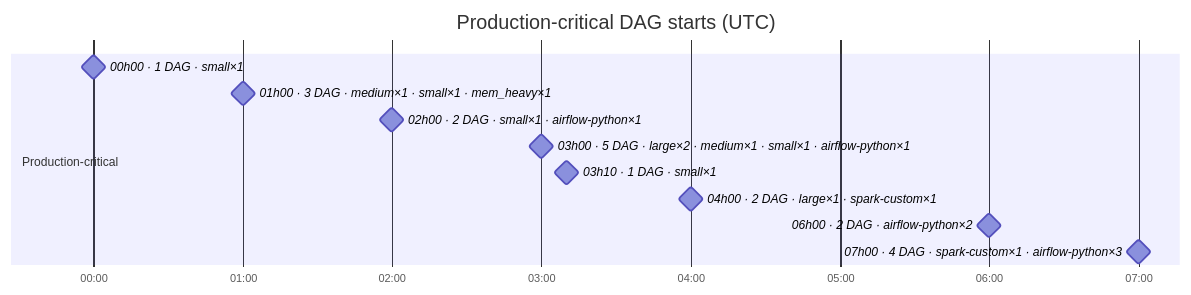
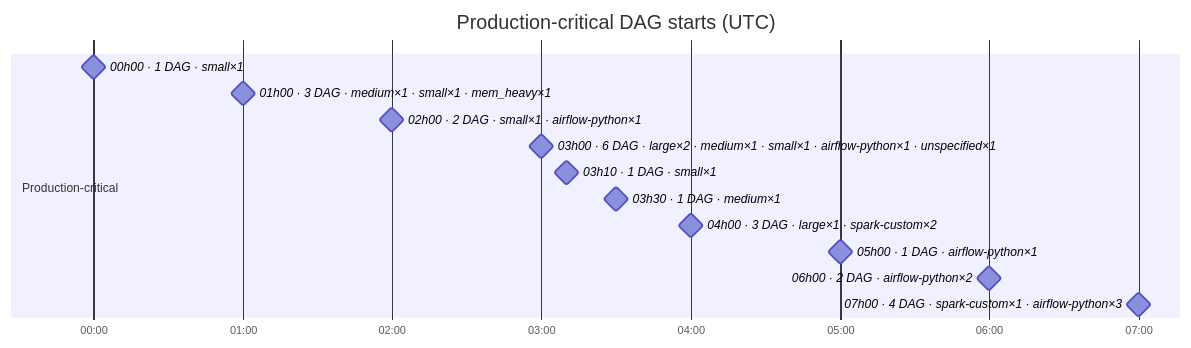
One commit to DayMarket/ml-feature-platform changed the second of 7 diagrams in docs/feature_platform_map.md. Above: the diagram before and after it, drawn with Mermaid. The commit also changed other lines of this file, not shown here.

````diff
--- a/docs/feature_platform_map.md
+++ b/docs/feature_platform_map.md
@@ -126,16 +138,18 @@
 ```mermaid
 gantt
     title Production-critical DAG starts (UTC)
     dateFormat HH:mm
     axisFormat %H:%M
     tickInterval 1hour
     section Production-critical
     00h00 · 1 DAG · small×1 :milestone, s0_0000, 00:00, 0m
     01h00 · 3 DAG · medium×1 · small×1 · mem_heavy×1 :milestone, s0_0060, 01:00, 0m
     02h00 · 2 DAG · small×1 · airflow-python×1 :milestone, s0_0120, 02:00, 0m
-    03h00 · 5 DAG · large×2 · medium×1 · small×1 · airflow-python×1 :milestone, s0_0180, 03:00, 0m
+    03h00 · 6 DAG · large×2 · medium×1 · small×1 · airflow-python×1 · unspecified×1 :milestone, s0_0180, 03:00, 0m
     03h10 · 1 DAG · small×1 :milestone, s0_0190, 03:10, 0m
-    04h00 · 2 DAG · large×1 · spark-custom×1 :milestone, s0_0240, 04:00, 0m
+    03h30 · 1 DAG · medium×1 :milestone, s0_0210, 03:30, 0m
+    04h00 · 3 DAG · large×1 · spark-custom×2 :milestone, s0_0240, 04:00, 0m
+    05h00 · 1 DAG · airflow-python×1 :milestone, s0_0300, 05:00, 0m
     06h00 · 2 DAG · airflow-python×2 :milestone, s0_0360, 06:00, 0m
     07h00 · 4 DAG · spark-custom×1 · airflow-python×3 :milestone, s0_0420, 07:00, 0m
 ```
````
